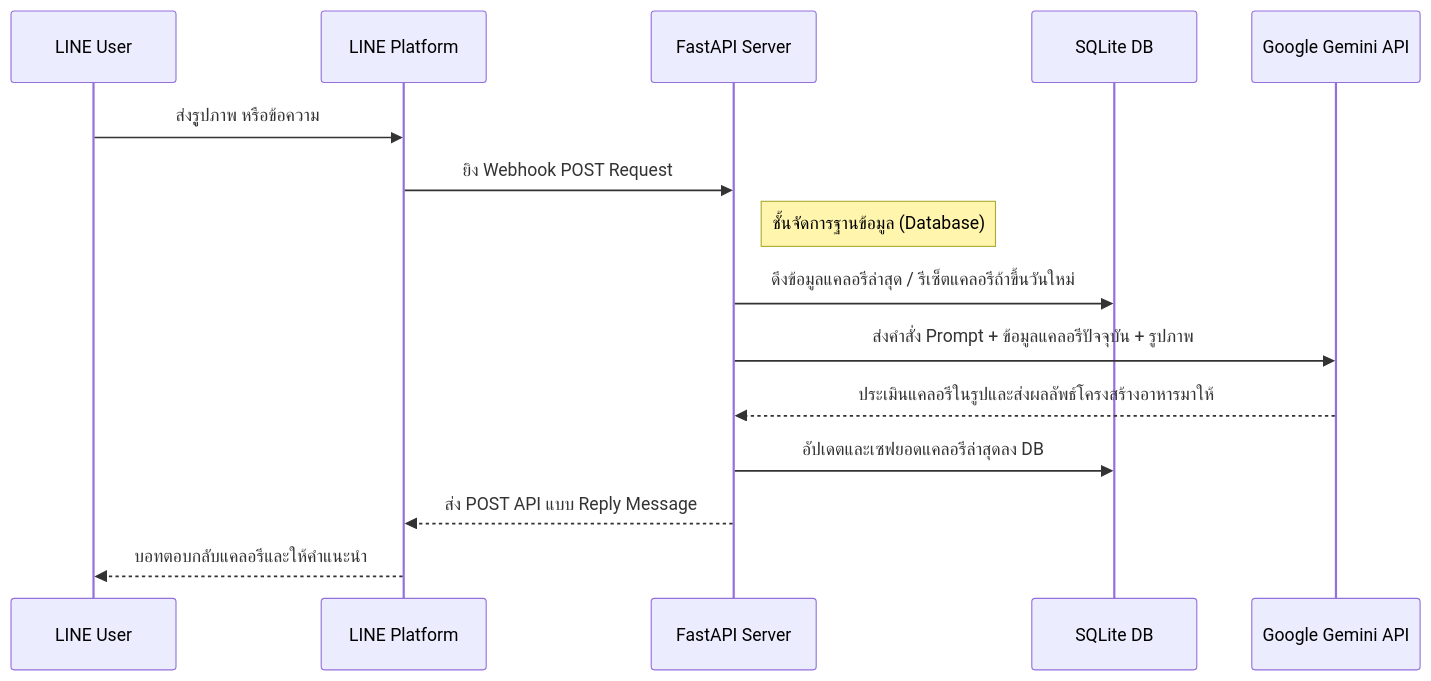
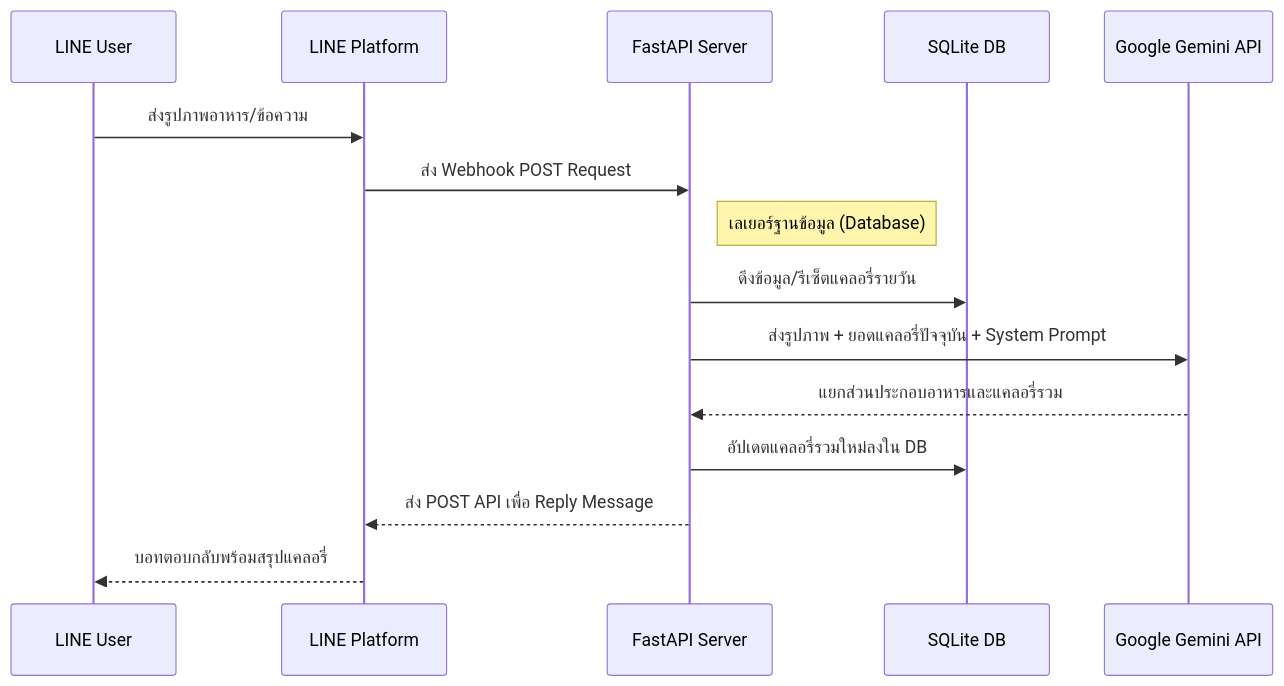
Before and after one commit to welltilln/howmanycals: the diagram in docs/README-TH.md, drawn with Mermaid. The commit also changed other lines of this file and 5 other files, not shown here.

````diff
--- a/docs/README-TH.md
+++ b/docs/README-TH.md
@@ -50,18 +50,18 @@
 ```mermaid
 sequenceDiagram
     participant User as LINE User
     participant LINE as LINE Platform
     participant App as FastAPI Server
     participant DB as SQLite DB
     participant Gemini as Google Gemini API
 
-    User->>LINE: ส่งรููปภาพ หรือข้อความ
-    LINE->>App: ยิง Webhook POST Request
-    Note right of App: ชั้นจัดการฐานข้อมูล (Database)
-    App->>DB: ดึงข้อมูลแคลอรีล่าสุด / รีเซ็ตแคลอรีถ้าขึ้นวันใหม่
-    App->>Gemini: ส่งคำสั่ง Prompt + ข้อมูลแคลอรีปัจจุบัน + รูปภาพ 
-    Gemini-->>App: ประเมินแคลอรีในรูปและส่งผลลัพธ์โครงสร้างอาหารมาให้
-    App->>DB: อัปเดตและเซฟยอดแคลอรีล่าสุดลง DB
-    App-->>LINE: ส่ง POST API แบบ Reply Message
-    LINE-->>User: บอทตอบกลับแคลอรีและให้คำแนะนำ
+    User->>LINE: ส่งรูปภาพอาหาร/ข้อความ
+    LINE->>App: ส่ง Webhook POST Request
+    Note right of App: เลเยอร์ฐานข้อมูล (Database)
+    App->>DB: ดึงข้อมูล/รีเซ็ตแคลอรี่รายวัน
+    App->>Gemini: ส่งรูปภาพ + ยอดแคลอรี่ปัจจุบัน + System Prompt
+    Gemini-->>App: แยกส่วนประกอบอาหารและแคลอรี่รวม
+    App->>DB: อัปเดตแคลอรี่รวมใหม่ลงใน DB
+    App-->>LINE: ส่ง POST API เพื่อ Reply Message
+    LINE-->>User: บอทตอบกลับพร้อมสรุปแคลอรี่
 ```
````
